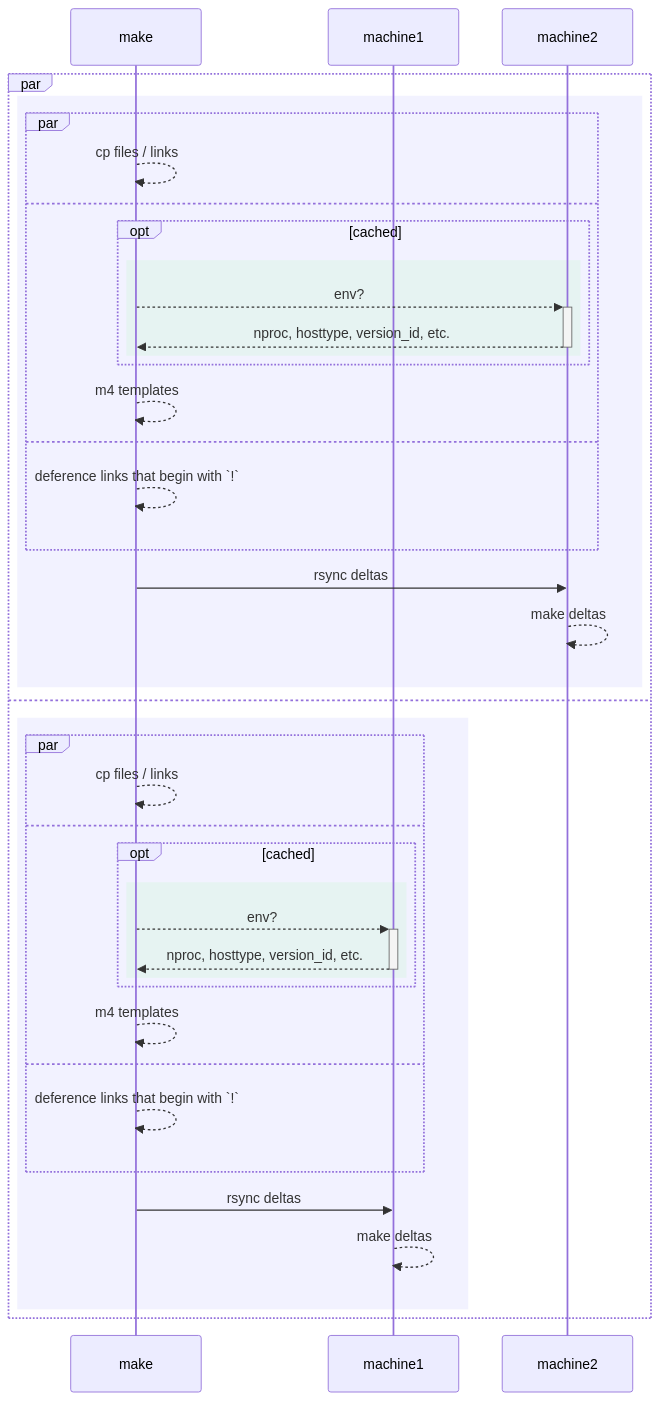
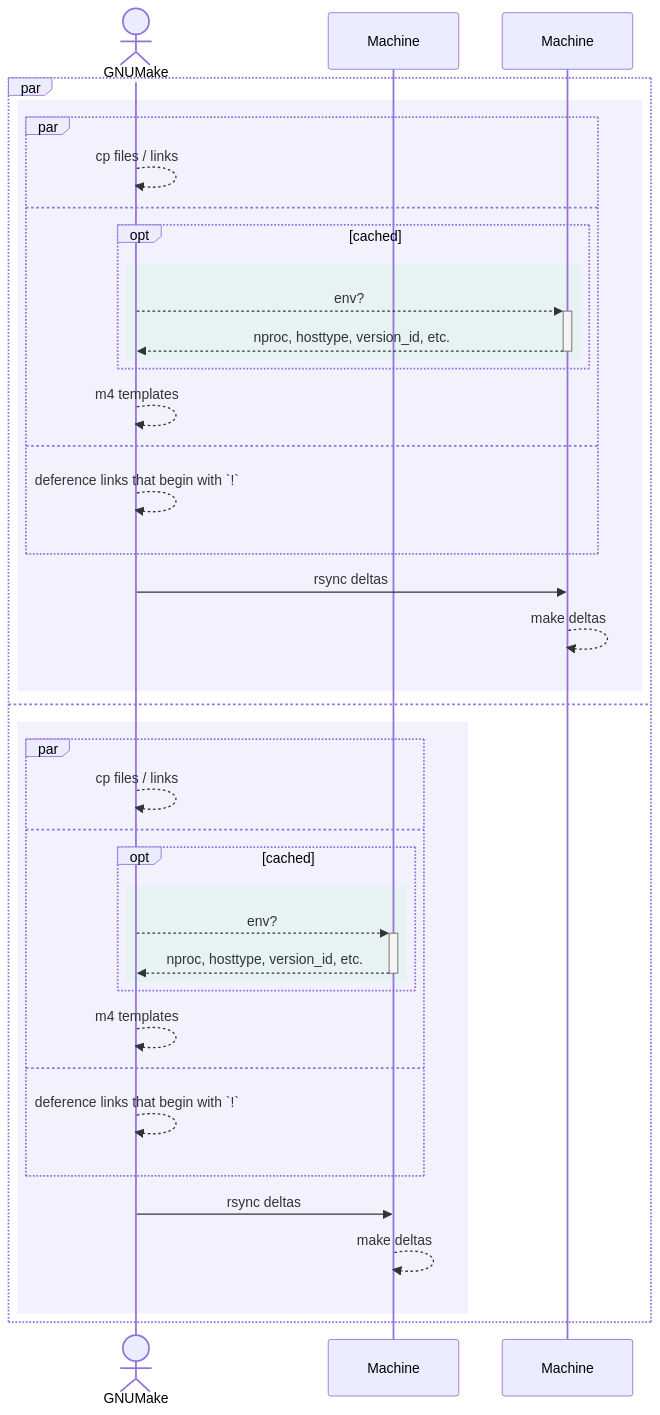
Before and after one commit to ms-jpq/lab: the diagram in doc/DX.md, drawn with Mermaid. The commit also changed other lines of this file and 2 other files, not shown here.

````diff
--- a/doc/DX.md
+++ b/doc/DX.md
@@ -71,44 +71,44 @@
 ```mermaid
 sequenceDiagram
-  participant make
-  participant machine1
-  participant machine2
+  actor make as GNUMake
+  participant machine1 as Machine
+  participant machine2 as Machine
 
   par
     rect rgba(0, 0, 255, 0.05)
       par
         make-->>make : cp files / links
       and
         opt cached
           rect rgba(0, 255, 0, 0.05)
             make-->>+machine2 : env?
             machine2-->>-make : nproc, hosttype, version_id, etc.
           end
         end
         make-->>make : m4 templates
       and
         make-->>make : deference links that begin with `!`
       end
       make->>machine2 : rsync deltas
       machine2-->>machine2 : make deltas
     end
   and
     rect rgba(0, 0, 255, 0.05)
       par
         make-->>make : cp files / links
       and
         opt cached
           rect rgba(0, 255, 0, 0.05)
             make-->>+machine1 : env?
             machine1-->>-make : nproc, hosttype, version_id, etc.
           end
         end
         make-->>make : m4 templates
       and
         make-->>make : deference links that begin with `!`
       end
       make->>machine1 : rsync deltas
       machine1-->>machine1 : make deltas
     end
   end
 ```
````
